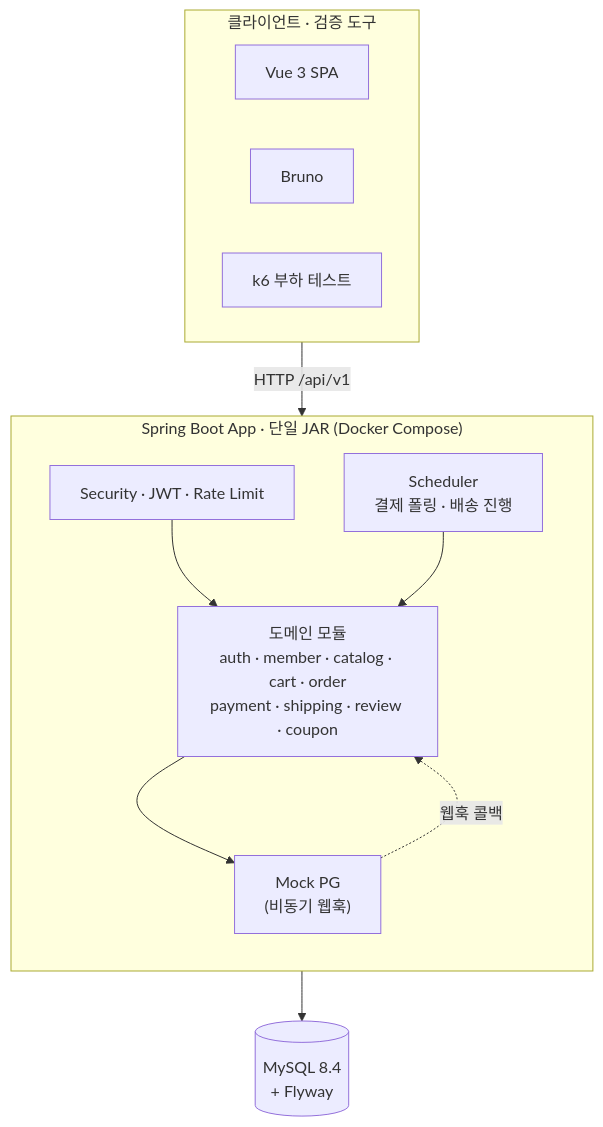
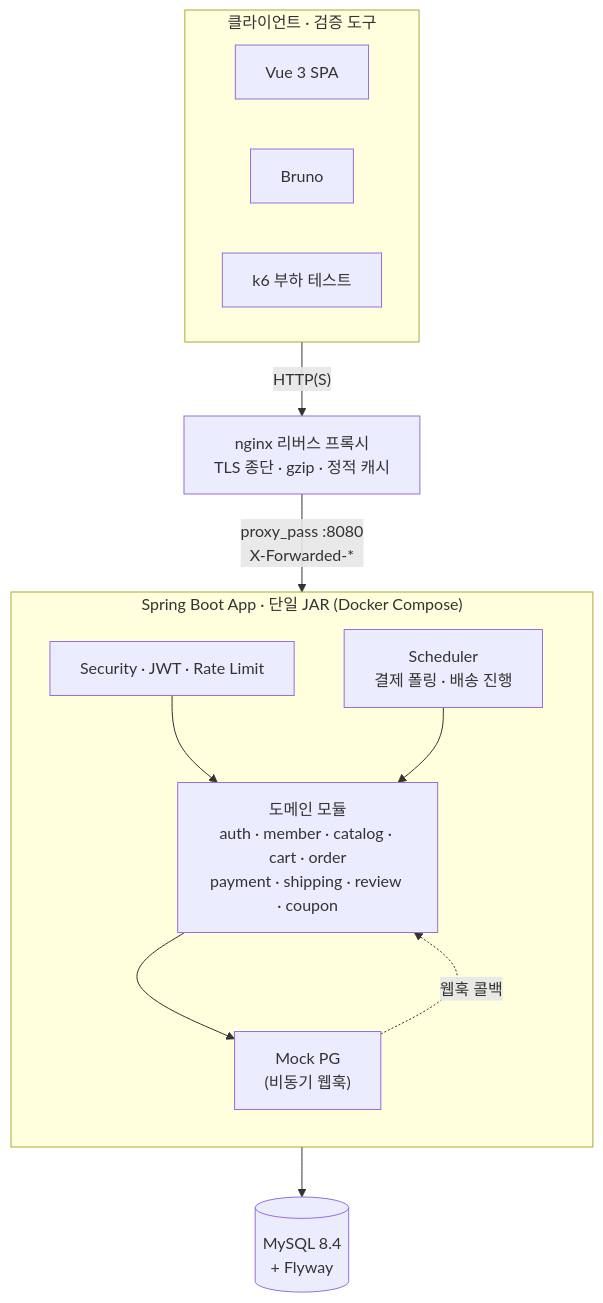
Before and after one commit to heygw44/groove: the diagram in README.md, drawn with Mermaid. The commit also changed other lines of this file and 10 other files, not shown here.

First line of the commit message:
infra: nginx 리버스 프록시 도입 (TLS 종단·gzip·보안 헤더·정적 캐시)

````diff
--- a/README.md
+++ b/README.md
@@ -59,25 +59,28 @@
 ```mermaid
 flowchart TB
     subgraph clients["클라이언트 · 검증 도구"]
         Vue["Vue 3 SPA"]
         Bruno["Bruno"]
         k6["k6 부하 테스트"]
     end
+
+    Nginx["nginx 리버스 프록시<br/>TLS 종단 · gzip · 정적 캐시"]
 
     subgraph app["Spring Boot App · 단일 JAR (Docker Compose)"]
         direction TB
         Sec["Security · JWT · Rate Limit"]
         Domains["도메인 모듈<br/>auth · member · catalog · cart · order<br/>payment · shipping · review · coupon"]
         MockPG["Mock PG<br/>(비동기 웹훅)"]
         Sched["Scheduler<br/>결제 폴링 · 배송 진행"]
     end
 
     DB[("MySQL 8.4<br/>+ Flyway")]
 
-    clients -->|"HTTP /api/v1"| Sec
+    clients -->|"HTTP(S)"| Nginx
+    Nginx -->|"proxy_pass :8080<br/>X-Forwarded-*"| Sec
     Sec --> Domains
     Domains --> MockPG
     MockPG -.->|"웹훅 콜백"| Domains
     Sched --> Domains
     Domains --> DB
 ```
````
